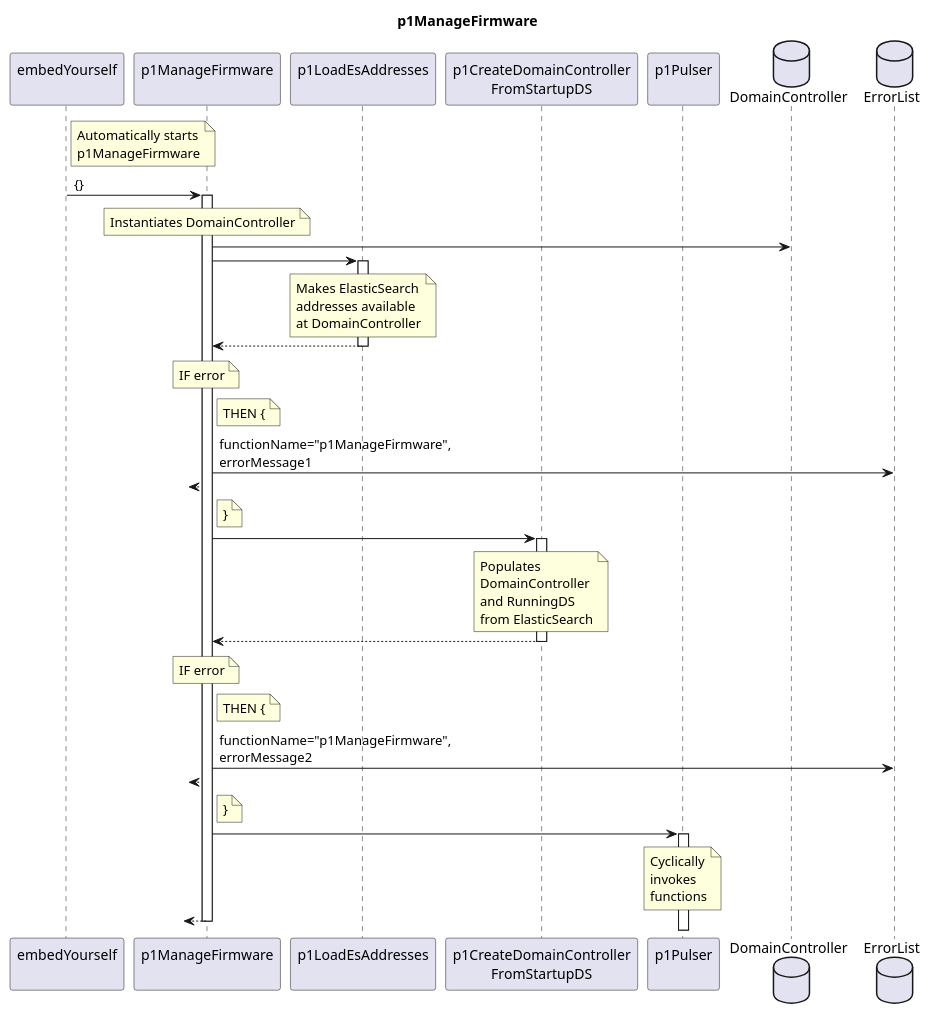
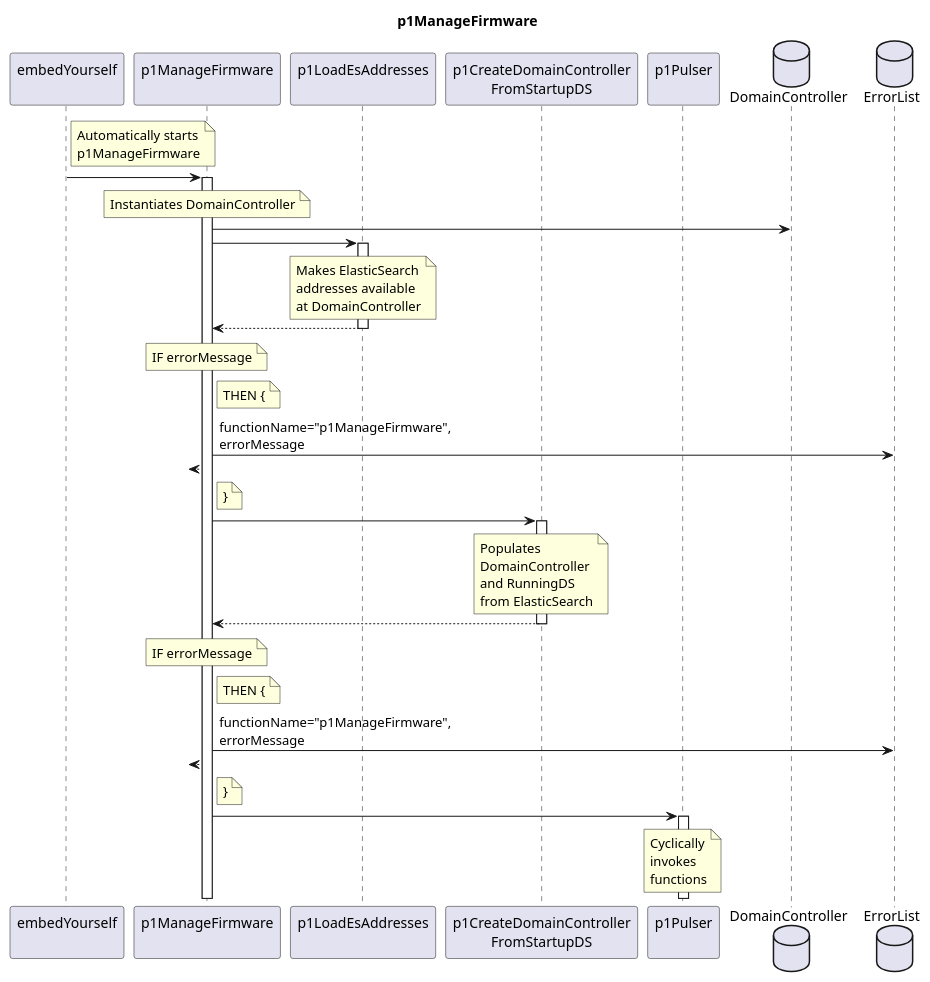
Before and after one commit to openBackhaul/FirmWareManager: the diagram in spec/Functions/Administrative/p1ManageFirmware/1.0.0/p1ManageFirmware.plantuml, drawn with PlantUML. The commit also changed 18 other files, not shown here.

```diff
--- a/spec/Functions/Administrative/p1ManageFirmware/1.0.0/p1ManageFirmware.plantuml
+++ b/spec/Functions/Administrative/p1ManageFirmware/1.0.0/p1ManageFirmware.plantuml
@@ -1,82 +1,79 @@
 @startuml p1ManageFirmware
 skinparam responseMessageBelowArrow true
 
 title
   p1ManageFirmware
 end title
 
 participant "embedYourself\n" as embed
 participant "p1ManageFirmware\n" as p1ManaFw
 participant "p1LoadEsAddresses\n" as p1LEA
 participant "p1CreateDomainController\nFromStartupDS" as p1CDCFS
 participant "p1Pulser\n" as p1Puls
 database "DomainController" as DC
 database "ErrorList" as hEL
 
 note right embed
   Automatically starts
   p1ManageFirmware
 end note
-embed -> p1ManaFw : {}
+embed -> p1ManaFw
 activate p1ManaFw
 
   note over p1ManaFw
     Instantiates DomainController
   end note
   p1ManaFw -> DC
 
   p1ManaFw -> p1LEA
   activate p1LEA
     note over p1LEA
       Makes ElasticSearch
       addresses available
       at DomainController
     end note
   p1ManaFw <-- p1LEA
   deactivate p1LEA
   note over p1ManaFw
-    IF error
+    IF errorMessage
   end note
   note right p1ManaFw
     THEN {
   end note
-  p1ManaFw -> hEL: functionName="p1ManageFirmware",\nerrorMessage1
+  p1ManaFw -> hEL: functionName="p1ManageFirmware",\nerrorMessage
   ?<-- p1ManaFw
   note right p1ManaFw
     }
   end note
 
   p1ManaFw -> p1CDCFS
   activate p1CDCFS
     note over p1CDCFS
       Populates
       DomainController
       and RunningDS
       from ElasticSearch
     end note
   p1ManaFw <-- p1CDCFS
   deactivate p1CDCFS
   note over p1ManaFw
-    IF error
+    IF errorMessage
   end note
   note right p1ManaFw
     THEN {
   end note
-  p1ManaFw -> hEL: functionName="p1ManageFirmware",\nerrorMessage2
+  p1ManaFw -> hEL: functionName="p1ManageFirmware",\nerrorMessage
   ?<-- p1ManaFw
   note right p1ManaFw
     }
   end note
 
   p1ManaFw -> p1Puls
   activate p1Puls
     note over p1Puls
       Cyclically
       invokes
       functions
     end note
 
-?<-- p1ManaFw
-deactivate p1ManaFw
-
 @enduml
```
